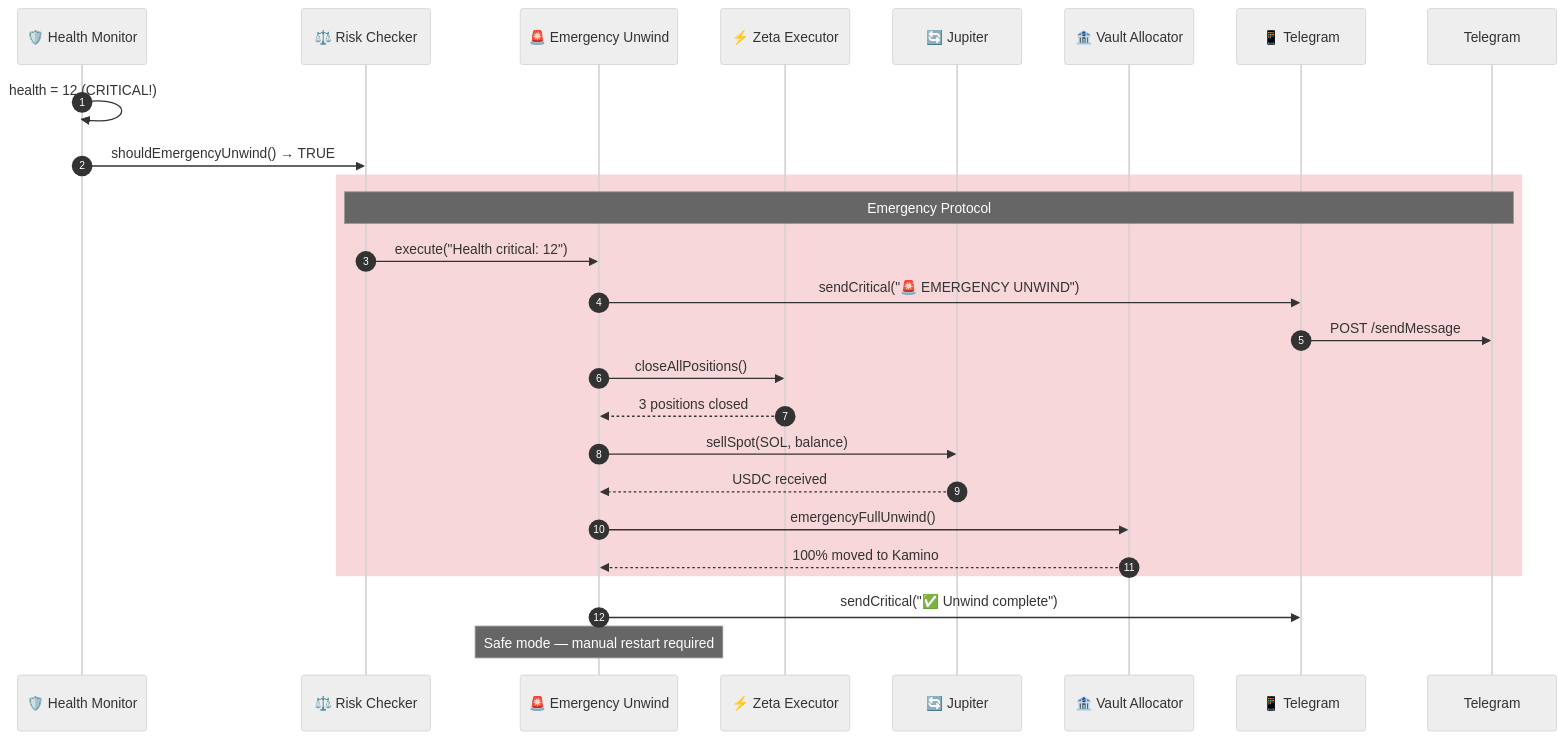
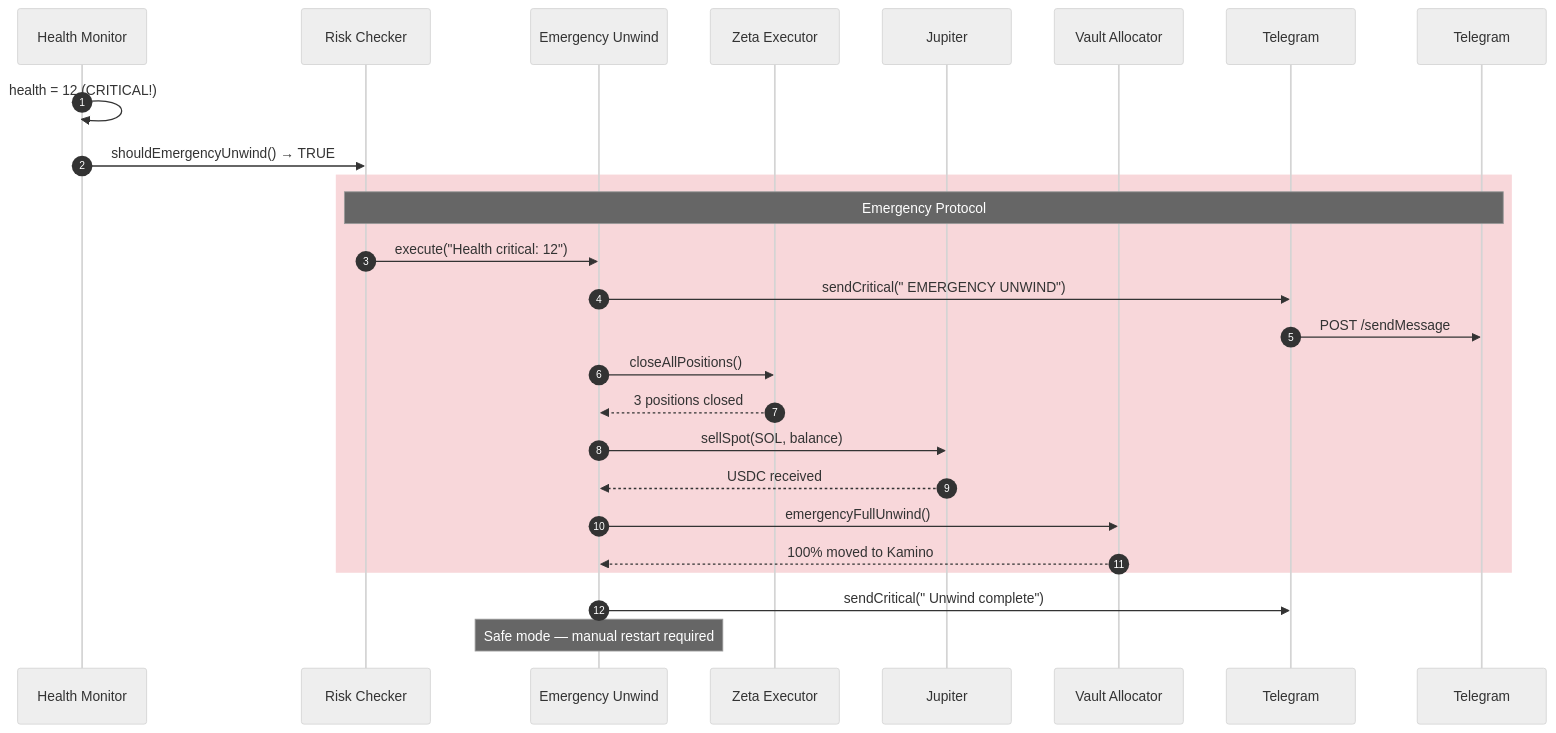
Before and after one commit to Ashutosh0x/ranger-ai-vault: diagram 19 of 20 in docs/ARCHITECTURE.md, drawn with Mermaid (neutral theme). The commit also changed other lines of this file and 71 other files, not shown here.

````diff
--- a/docs/ARCHITECTURE.md
+++ b/docs/ARCHITECTURE.md
@@ -1145,34 +1145,34 @@
 ```mermaid
 sequenceDiagram
-    autonumber
-    participant DH as 🛡️ Health Monitor
-    participant RC as ⚖️ Risk Checker
-    participant EU as 🚨 Emergency Unwind
-    participant DE as ⚡ Zeta Executor
-    participant JE as 🔄 Jupiter
-    participant VA as 🏦 Vault Allocator
-    participant AL as 📱 Telegram
-    participant TG as Telegram
+ autonumber
+ participant DH as Health Monitor
+ participant RC as Risk Checker
+ participant EU as Emergency Unwind
+ participant DE as Zeta Executor
+ participant JE as Jupiter
+ participant VA as Vault Allocator
+ participant AL as Telegram
+ participant TG as Telegram
 
-    DH->>DH: health = 12 (CRITICAL!)
-    DH->>RC: shouldEmergencyUnwind() → TRUE
+ DH->>DH: health = 12 (CRITICAL!)
+ DH->>RC: shouldEmergencyUnwind() → TRUE
 
-    rect rgb(248, 215, 218)
-        Note over RC,TG: Emergency Protocol
-        RC->>EU: execute("Health critical: 12")
-        EU->>AL: sendCritical("🚨 EMERGENCY UNWIND")
-        AL->>TG: POST /sendMessage
+ rect rgb(248, 215, 218)
+ Note over RC,TG: Emergency Protocol
+ RC->>EU: execute("Health critical: 12")
+ EU->>AL: sendCritical(" EMERGENCY UNWIND")
+ AL->>TG: POST /sendMessage
 
-        EU->>DE: closeAllPositions()
-        DE-->>EU: 3 positions closed
+ EU->>DE: closeAllPositions()
+ DE-->>EU: 3 positions closed
 
-        EU->>JE: sellSpot(SOL, balance)
-        JE-->>EU: USDC received
+ EU->>JE: sellSpot(SOL, balance)
+ JE-->>EU: USDC received
 
-        EU->>VA: emergencyFullUnwind()
-        VA-->>EU: 100% moved to Kamino
-    end
+ EU->>VA: emergencyFullUnwind()
+ VA-->>EU: 100% moved to Kamino
+ end
 
-    EU->>AL: sendCritical("✅ Unwind complete")
-    Note over EU: Safe mode — manual restart required
+ EU->>AL: sendCritical(" Unwind complete")
+ Note over EU: Safe mode — manual restart required
 ```
````
